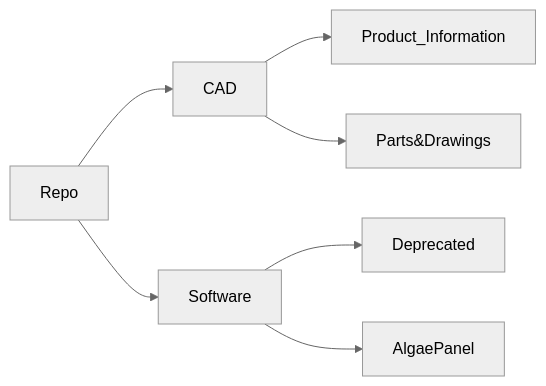
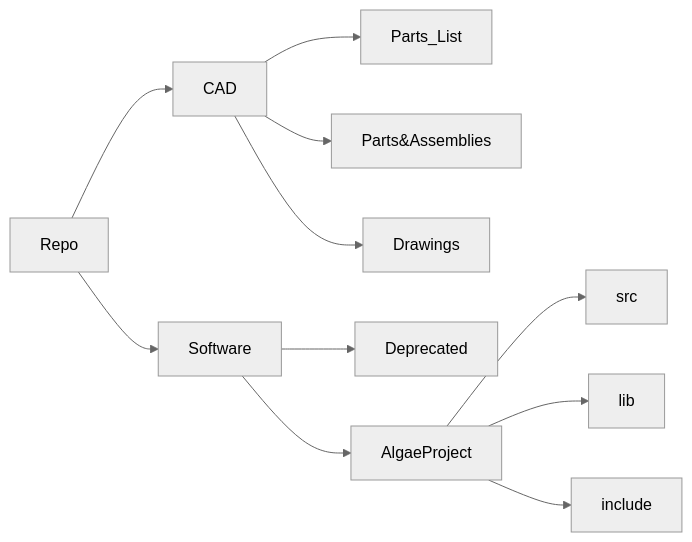
The diagram in README.md (DARKMOONlite/Algae_Panel), drawn with Mermaid (neutral theme) before and after one commit. The commit also changed 1 other file, not shown here.

Commit message:
added part_list folder

````diff
--- a/README.md
+++ b/README.md
@@ -23,11 +23,16 @@
 ```mermaid
 
 graph LR;
     Repo-->CAD;
     Repo-->Software;
-    CAD-->Product_Information;
-    CAD-->Parts&Drawings;
+    CAD-->Parts_List;
+    CAD-->Parts&Assemblies;
+    CAD-->Drawings;
     Software-->Deprecated;
-    Software-->AlgaePanel;
+    Software-->AlgaeProject;
+    AlgaeProject-->src;
+    AlgaeProject-->lib;
+    AlgaeProject-->include;
+
 
 ```
````
